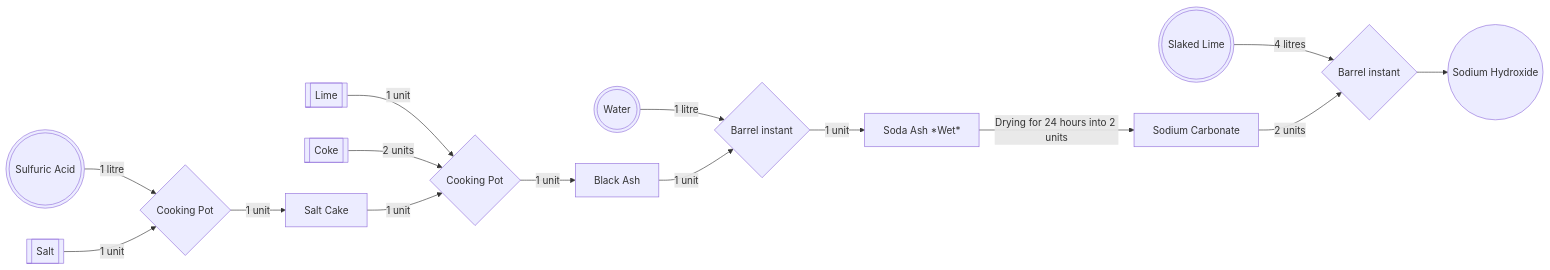
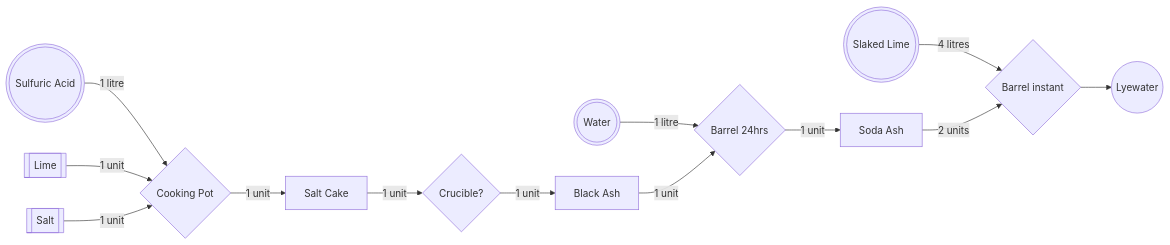
The first of 4 diagrams in README.md (KesslerMentele/VintageStory-EnhancedFirearms), drawn with Mermaid before and after one commit. The commit also changed other lines of this file, not shown here.

Commit message:
Streamlined production process in README.md, renamed items to colloquial names

````diff
--- a/README.md
+++ b/README.md
@@ -6,48 +6,44 @@
 ```mermaid
 flowchart LR
 
 %% Existing Items
     salt[[Salt]]
-    coke[[Coke]]
     lime[[Lime]]
 
 %% Existing Fluids
     sulfuric(((Sulfuric Acid)))
     slakedLime(((Slaked Lime)))
     water(((Water)))
 
 %% New Fluids
-    sodiumHydroxide((Sodium Hydroxide))
+    sodiumHydroxide((Lyewater))
 
 %% New Items
-    sodiumCarb[Sodium Carbonate]
+    sodiumCarb[Soda Ash]
     saltCake[Salt Cake]
     blackAsh[Black Ash]
-    sodaAshWet[Soda Ash *Wet*]
 
 %% Processing
     cookSulfate{Cooking Pot}
-    cookAsh{Cooking Pot}
-    soakAsh{Barrel instant}
+    cookAsh{Crucible?}
+    soakAsh{Barrel 24hrs}
     soakCarb{Barrel instant}
 
 %% Ratios
     sulfuric -- 1 litre --> cookSulfate
+    lime -- 1 unit --> cookSulfate
     salt-- 1 unit --> cookSulfate
     cookSulfate -- 1 unit --> saltCake
 
-    lime -- 1 unit --> cookAsh
-    coke -- 2 units --> cookAsh
     saltCake -- 1 unit --> cookAsh
     cookAsh -- 1 unit --> blackAsh
 
     water -- 1 litre --> soakAsh
     blackAsh -- 1 unit --> soakAsh
-    soakAsh -- 1 unit --> sodaAshWet
+    soakAsh -- 1 unit --> sodiumCarb
 
-    sodaAshWet -- Drying for 24 hours into 2 units--> sodiumCarb
 
     slakedLime -- 4 litres --> soakCarb
     sodiumCarb -- 2 units --> soakCarb
     soakCarb --> sodiumHydroxide
 ```
````
